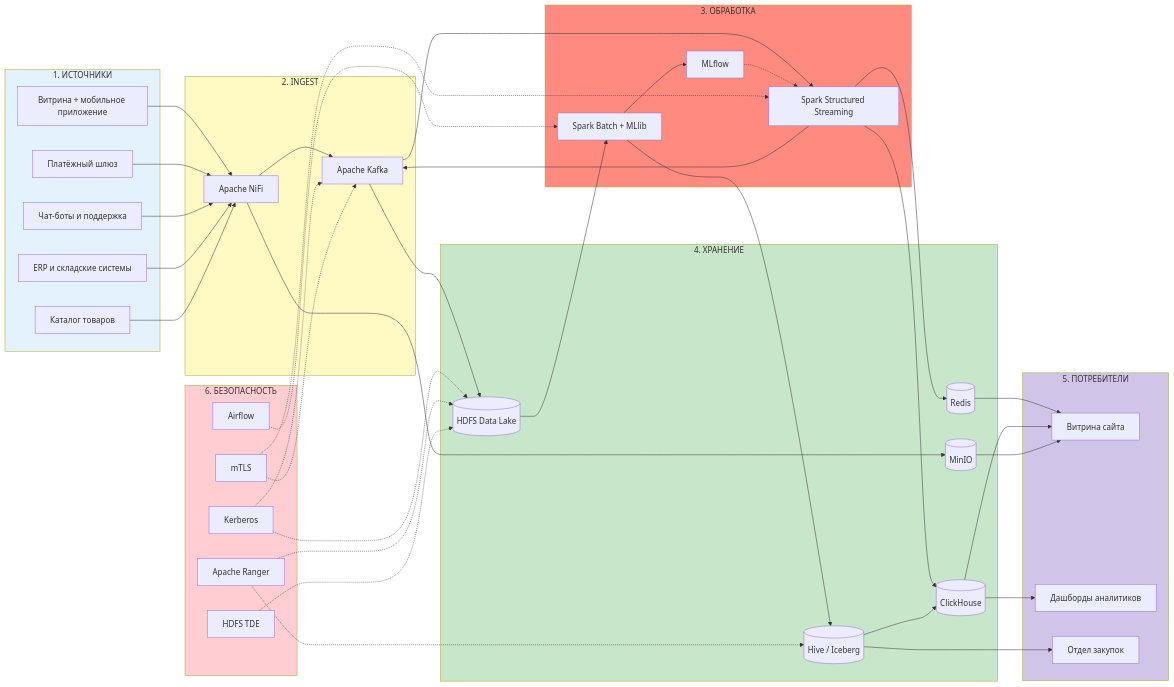
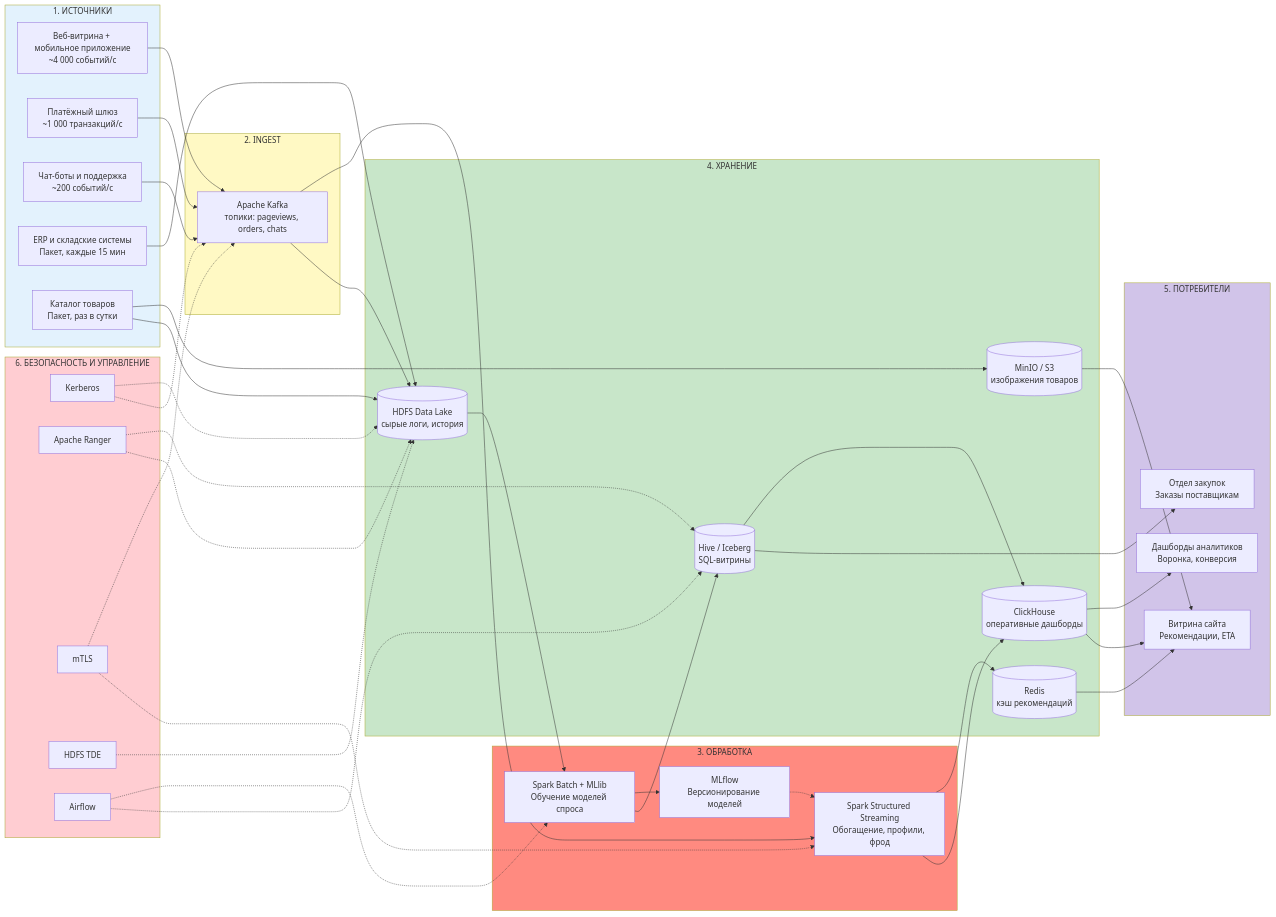
The diagram in archirecture/var1.md (AlinaSabitova/Gos_examine), drawn with Mermaid before and after one commit. The commit also changed other lines of this file, not shown here.

````diff
--- a/archirecture/var1.md
+++ b/archirecture/var1.md
@@ -133,39 +134,38 @@
 ```mermaid
 flowchart LR
     subgraph SRC["1. ИСТОЧНИКИ"]
-        WEB[Витрина + мобильное приложение]
-        PAY[Платёжный шлюз]
-        CHAT[Чат-боты и поддержка]
-        ERP[ERP и складские системы]
-        PIM[Каталог товаров]
+        WEB[Веб-витрина + мобильное приложение<br/>~4 000 событий/с]
+        PAY[Платёжный шлюз<br/>~1 000 транзакций/с]
+        CHAT[Чат-боты и поддержка<br/>~200 событий/с]
+        ERP[ERP и складские системы<br/>Пакет, каждые 15 мин]
+        PIM[Каталог товаров<br/>Пакет, раз в сутки]
     end
 
     subgraph ING["2. INGEST"]
-        NIFI[Apache NiFi]
-        KAFKA[Apache Kafka]
+        KAFKA[Apache Kafka<br/>топики: pageviews, orders, chats]
     end
 
     subgraph PROC["3. ОБРАБОТКА"]
-        SSS[Spark Structured Streaming]
-        BATCH[Spark Batch + MLlib]
-        MLFLOW[MLflow]
+        SSS[Spark Structured Streaming<br/>Обогащение, профили, фрод]
+        BATCH[Spark Batch + MLlib<br/>Обучение моделей спроса]
+        MLFLOW[MLflow<br/>Версионирование моделей]
     end
 
     subgraph STORE["4. ХРАНЕНИЕ"]
-        HDFS[(HDFS Data Lake)]
-        MINIO[(MinIO)]
-        CH[(ClickHouse)]
-        HIVE[(Hive / Iceberg)]
-        REDIS[(Redis)]
+        HDFS[(HDFS Data Lake<br/>сырые логи, история)]
+        MINIO[(MinIO / S3<br/>изображения товаров)]
+        CH[(ClickHouse<br/>оперативные дашборды)]
+        HIVE[(Hive / Iceberg<br/>SQL-витрины)]
+        REDIS[(Redis<br/>кэш рекомендаций)]
     end
 
     subgraph CONS["5. ПОТРЕБИТЕЛИ"]
-        SITE[Витрина сайта]
-        DASH[Дашборды аналитиков]
-        BUYER[Отдел закупок]
+        SITE[Витрина сайта<br/>Рекомендации, ETA]
+        DASH[Дашборды аналитиков<br/>Воронка, конверсия]
+        BUYER[Отдел закупок<br/>Заказы поставщикам]
     end
 
-    subgraph SEC["6. БЕЗОПАСНОСТЬ"]
+    subgraph SEC["6. БЕЗОПАСНОСТЬ И УПРАВЛЕНИЕ"]
         KERB[Kerberos]
         RANGER[Apache Ranger]
         TLS[mTLS]
@@ -173,21 +173,18 @@
         AIRFLOW[Airflow]
     end
 
-    WEB --> NIFI
-    PAY --> NIFI
-    CHAT --> NIFI
-    ERP --> NIFI
-    PIM --> NIFI
-
-    NIFI --> KAFKA
-    NIFI --> MINIO
+    WEB --> KAFKA
+    PAY --> KAFKA
+    CHAT --> KAFKA
+    ERP --> HDFS
+    PIM --> MINIO
+    PIM --> HDFS
 
     KAFKA --> SSS
     KAFKA --> HDFS
 
     SSS --> REDIS
     SSS --> CH
-    SSS --> KAFKA
 
     HDFS --> BATCH
     BATCH --> MLFLOW
@@ -211,6 +208,7 @@
     TLS -.-> SSS
     TDE -.-> HDFS
     AIRFLOW -.-> BATCH
+    AIRFLOW -.-> HIVE
 
     style SRC fill:#e3f2fd
     style ING fill:#fff9c4
````
